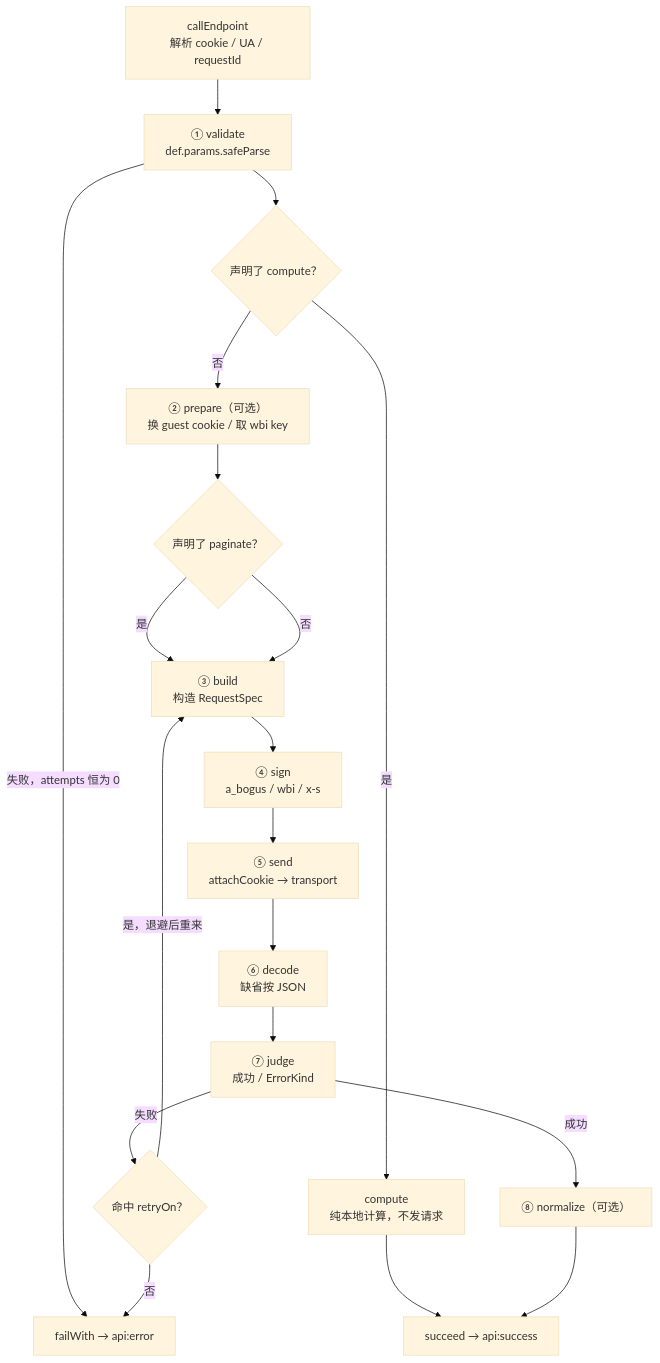
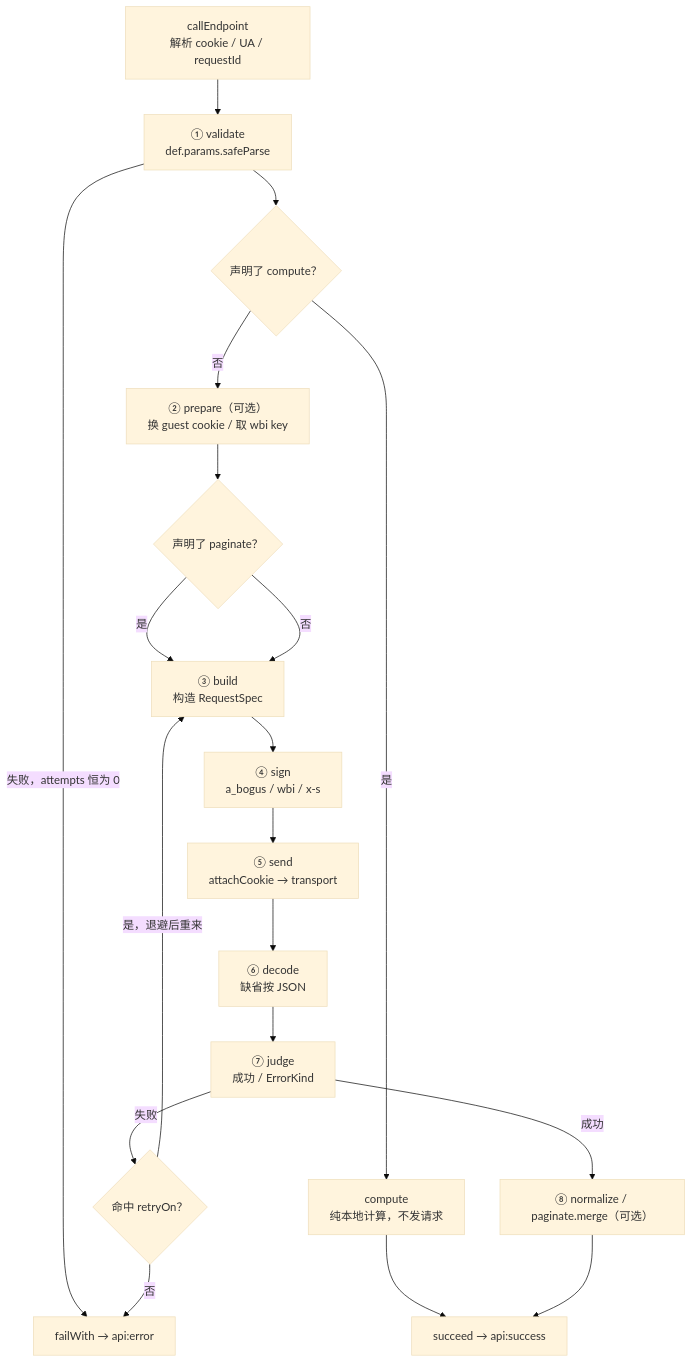
One commit to ikenxuan/amagi changed the diagram in packages/docs/content/docs/v7/dev/internals/lifecycle.mdx. Above: the diagram before and after it, drawn with Mermaid (base theme). The commit also changed other lines of this file and 31 other files, not shown here.

First line of the commit message:
refactor(core): 分页端点收尾迁到 paginate.merge，页类型自动收窄 (#197)

````diff
--- a/packages/docs/content/docs/v7/dev/internals/lifecycle.mdx
+++ b/packages/docs/content/docs/v7/dev/internals/lifecycle.mdx
@@ -31,30 +31,30 @@
 ```mermaid
 flowchart TD
   A["callEndpoint<br/>解析 cookie / UA / requestId"]
   V["① validate<br/>def.params.safeParse"]
   C{"声明了 compute？"}
   CP["compute<br/>纯本地计算，不发请求"]
   P["② prepare（可选）<br/>换 guest cookie / 取 wbi key"]
   PG{"声明了 paginate？"}
   B["③ build<br/>构造 RequestSpec"]
   S["④ sign<br/>a_bogus / wbi / x-s"]
   SD["⑤ send<br/>attachCookie → transport"]
   DC["⑥ decode<br/>缺省按 JSON"]
   JG["⑦ judge<br/>成功 / ErrorKind"]
   RT{"命中 retryOn？"}
-  NM["⑧ normalize（可选）"]
+  NM["⑧ normalize / paginate.merge（可选）"]
   OK["succeed → api:success"]
   ER["failWith → api:error"]
   A --> V
   V -->|失败，attempts 恒为 0| ER
   V --> C
   C -->|是| CP --> OK
   C -->|否| P --> PG
   PG -->|是| B
   PG -->|否| B
   B --> S --> SD --> DC --> JG
   JG -->|失败| RT
   RT -->|是，退避后重来| B
   RT -->|否| ER
   JG -->|成功| NM --> OK
 ```
````
